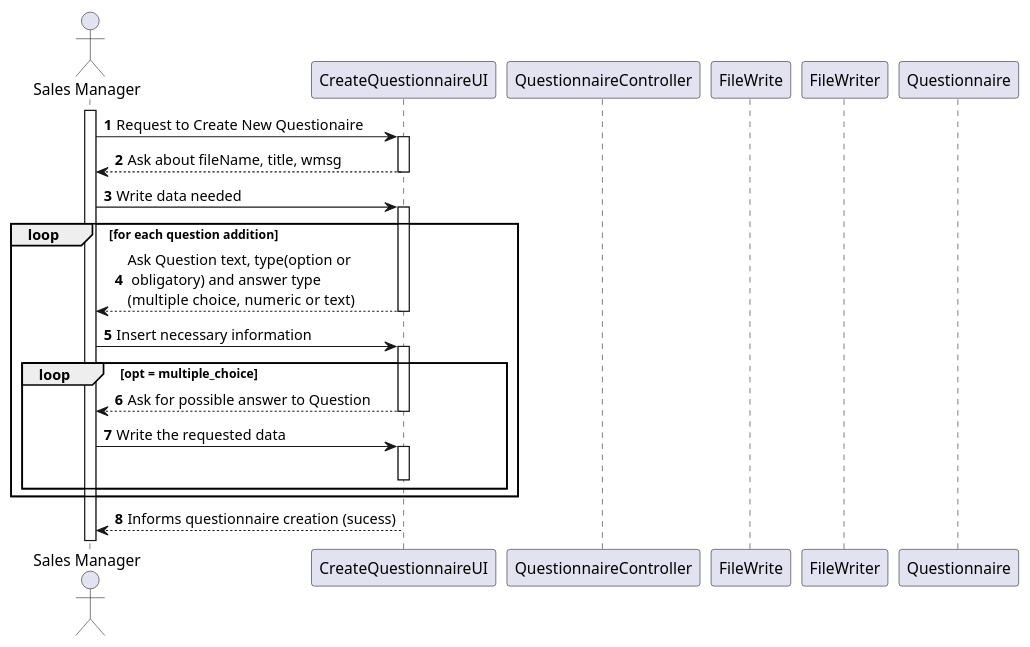
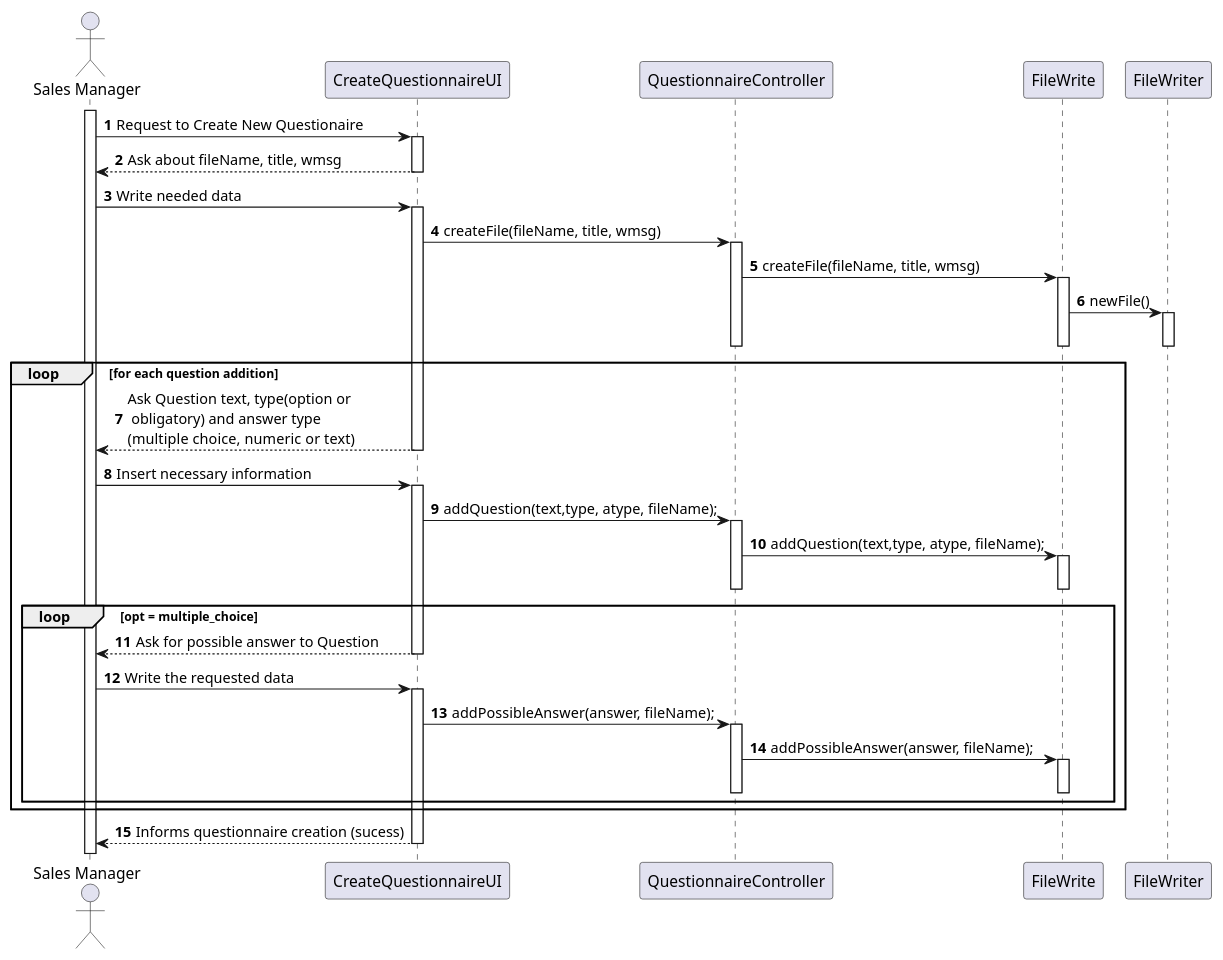
The diagram in docs/US3001/US3001_SD.puml (Norton1337/LAPR4_2122), drawn with PlantUML before and after one commit. The commit also changed 5 other files, not shown here.

```diff
--- a/docs/US3001/US3001_SD.puml
+++ b/docs/US3001/US3001_SD.puml
@@ -1,45 +1,67 @@
 @startuml
 'https://plantuml.com/sequence-diagram
 
 autonumber
 
 actor "Sales Manager" as SM
 participant "CreateQuestionnaireUI" as UI
 participant "QuestionnaireController" as CTR
 participant "FileWrite" as FW
 participant "FileWriter" as FWR
-participant "Questionnaire" as Q
 
 
 activate SM
 
 SM->UI : Request to Create New Questionaire
 activate UI
 SM<--UI : Ask about fileName, title, wmsg
 deactivate UI
-SM->UI : Write data needed
+SM->UI : Write needed data
 activate UI
-
+UI->CTR : createFile(fileName, title, wmsg)
+activate CTR
+CTR -> FW : createFile(fileName, title, wmsg)
+activate FW
+FW -> FWR : newFile()
+activate FWR
+deactivate FWR
+deactivate FW
+deactivate CTR
 loop for each question addition
 
 SM<--UI : Ask Question text, type(option or \n obligatory) and answer type \n(multiple choice,  numeric or text)
 deactivate UI
 
 SM->UI : Insert necessary information
+activate UI
+
+UI-> CTR : addQuestion(text,type, atype, fileName);
+activate CTR
+CTR -> FW : addQuestion(text,type, atype, fileName);
+activate FW
+deactivate FW
+deactivate CTR
+
 
 loop opt = multiple_choice
 
-activate UI
+
 SM<--UI : Ask for possible answer to Question
 deactivate UI
 SM->UI : Write the requested data
 activate UI
-deactivate UI
+
+UI -> CTR : addPossibleAnswer(answer, fileName);
+activate CTR
+CTR -> FW : addPossibleAnswer(answer, fileName);
+activate FW
+deactivate FW
+deactivate CTR
 
 end
 
 end
 SM<--UI : Informs questionnaire creation (sucess)
 deactivate UI
 
 @enduml
```
